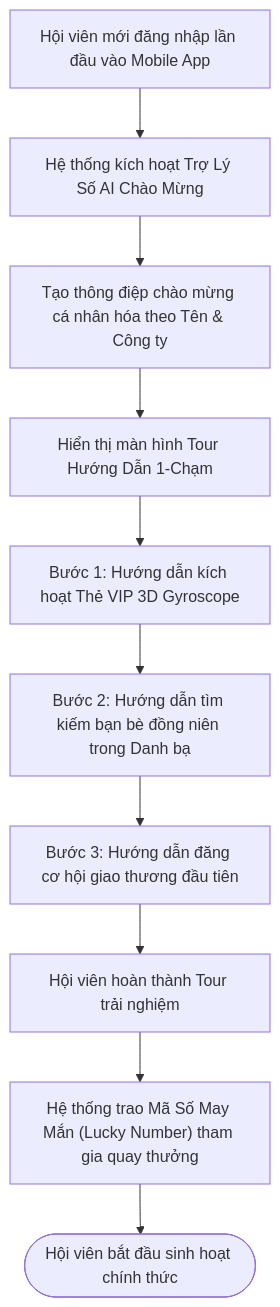
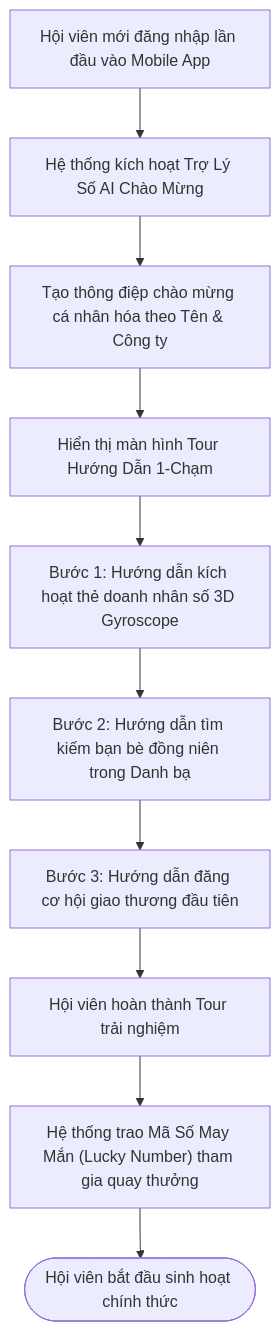
One commit to viconnect-product-team/ceo1983_project changed the ninth of 9 diagrams in document/handover/output/01_BRD_CEO1983_HANOIBA.md. Above: the diagram before and after it, drawn with Mermaid. The commit also changed other lines of this file and 61 other files, not shown here.

````diff
--- a/document/handover/output/01_BRD_CEO1983_HANOIBA.md
+++ b/document/handover/output/01_BRD_CEO1983_HANOIBA.md
@@ -336,15 +336,15 @@
 ```mermaid
 flowchart TD
     NEW_USER["Hội viên mới đăng nhập lần đầu vào Mobile App"] --> AI_TRIGGER["Hệ thống kích hoạt Trợ Lý Số AI Chào Mừng"]
     
     AI_TRIGGER --> PERSONAL_MSG["Tạo thông điệp chào mừng cá nhân hóa theo Tên & Công ty"]
     PERSONAL_MSG --> POPUP_TOUR["Hiển thị màn hình Tour Hướng Dẫn 1-Chạm"]
     
-    POPUP_TOUR --> STEP_CARD["Bước 1: Hướng dẫn kích hoạt Thẻ VIP 3D Gyroscope"]
+    POPUP_TOUR --> STEP_CARD["Bước 1: Hướng dẫn kích hoạt thẻ doanh nhân số 3D Gyroscope"]
     STEP_CARD --> STEP_DIR["Bước 2: Hướng dẫn tìm kiếm bạn bè đồng niên trong Danh bạ"]
     STEP_DIR --> STEP_OPP["Bước 3: Hướng dẫn đăng cơ hội giao thương đầu tiên"]
     
     STEP_OPP --> COMPLETE_TOUR["Hội viên hoàn thành Tour trải nghiệm"]
     COMPLETE_TOUR --> GIFT_LUCKY["Hệ thống trao Mã Số May Mắn (Lucky Number) tham gia quay thưởng"]
     GIFT_LUCKY --> END_AI(["Hội viên bắt đầu sinh hoạt chính thức"])
 ```
````
